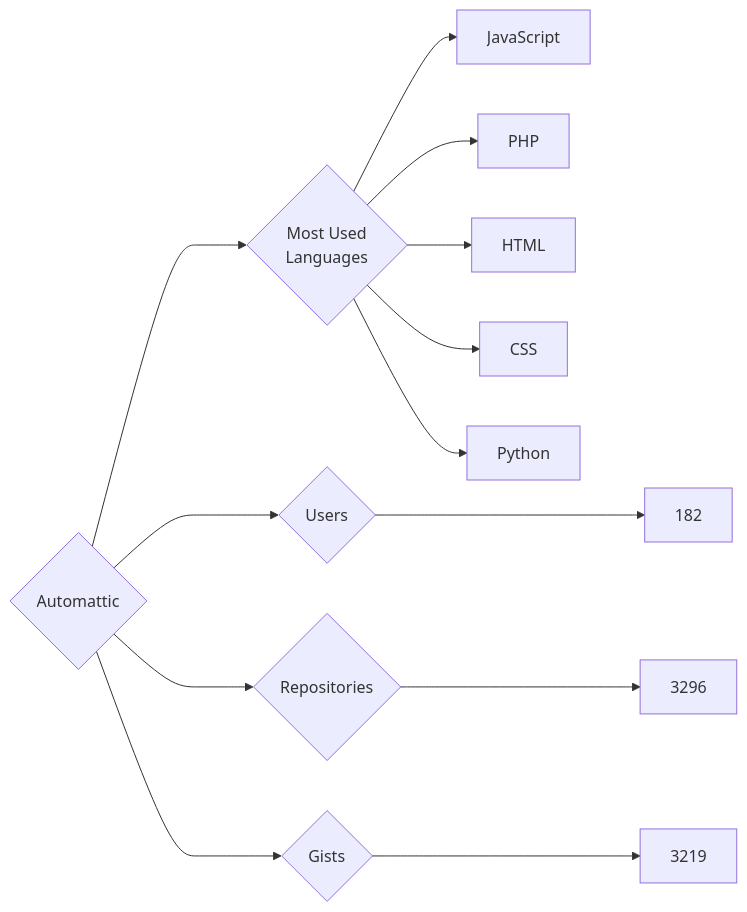
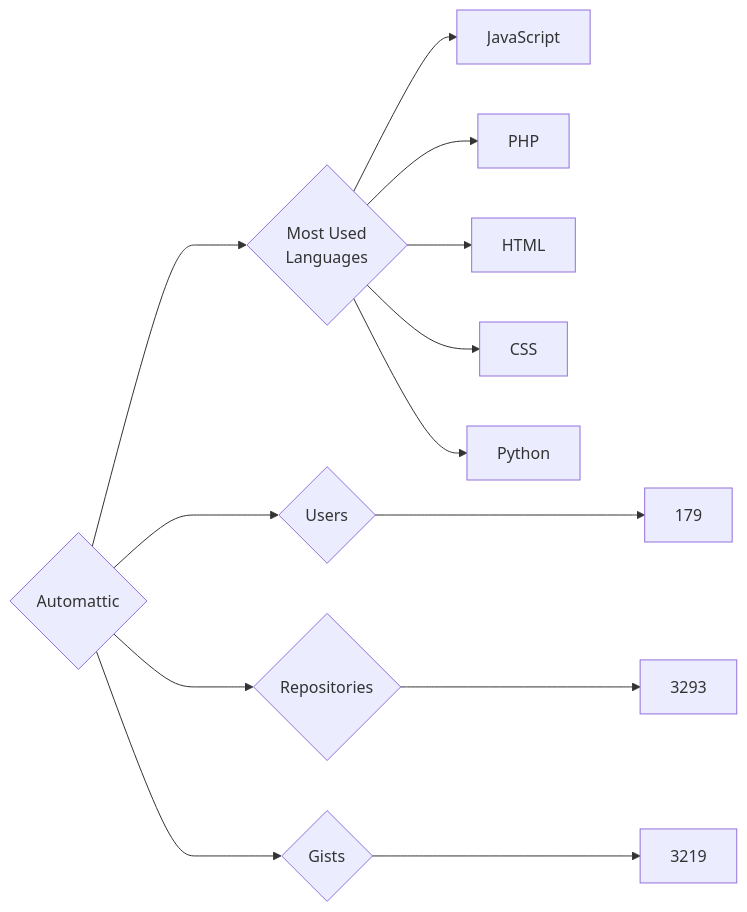
The diagram in targets/Automattic/README.md (trickest/insiders), drawn with Mermaid before and after one commit. The commit also changed 1020 other files, not shown here.

````diff
--- a/targets/Automattic/README.md
+++ b/targets/Automattic/README.md
@@ -3,13 +3,13 @@
 ```mermaid
 graph LR
 COMPANY_NAME{Automattic}
-COMPANY_NAME ---> U{Users} ---> UN[182]
-COMPANY_NAME ---> R{Repositories} ---> RN[3296]
+COMPANY_NAME ---> U{Users} ---> UN[179]
+COMPANY_NAME ---> R{Repositories} ---> RN[3293]
 COMPANY_NAME ---> G{Gists} ---> GN[3219]
 COMPANY_NAME ---> ML{Most Used<br>Languages}
 ML --> JavaScript[JavaScript]
 ML --> PHP[PHP]
 ML --> HTML[HTML]
 ML --> CSS[CSS]
 ML --> Python[Python]
 ```
````
